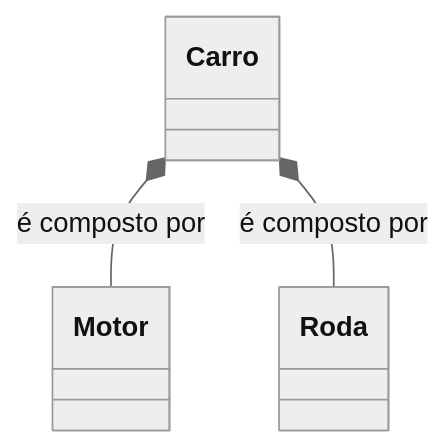
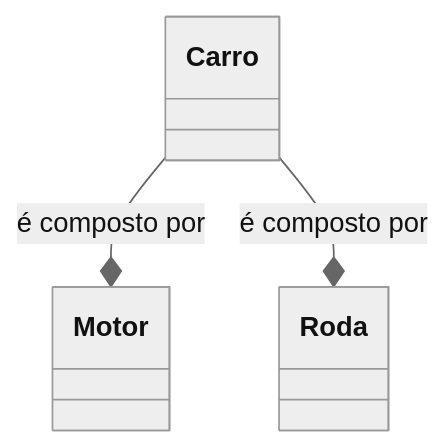
One commit to conteudoGeneration/cookbook_javascript changed the second of 10 diagrams in 01_javascript/16.md. Above: the diagram before and after it, drawn with Mermaid (neutral theme). The commit also changed other lines of this file, not shown here.

````diff
--- a/01_javascript/16.md
+++ b/01_javascript/16.md
@@ -28,5 +28,5 @@
 ```mermaid
 classDiagram
-Carro *-- Motor : é composto por
-Carro *-- Roda : é composto por
+Carro --* Motor : é composto por
+Carro --* Roda : é composto por
 ```
````
